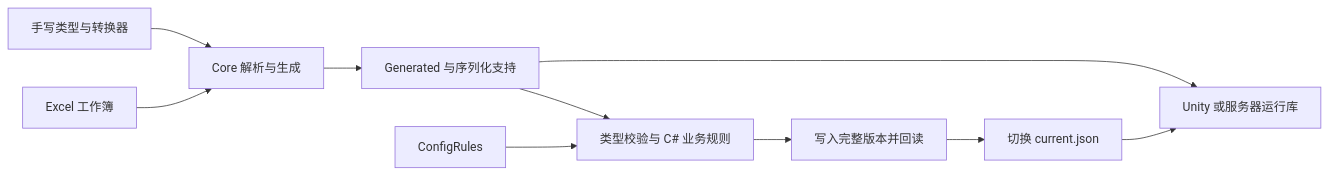
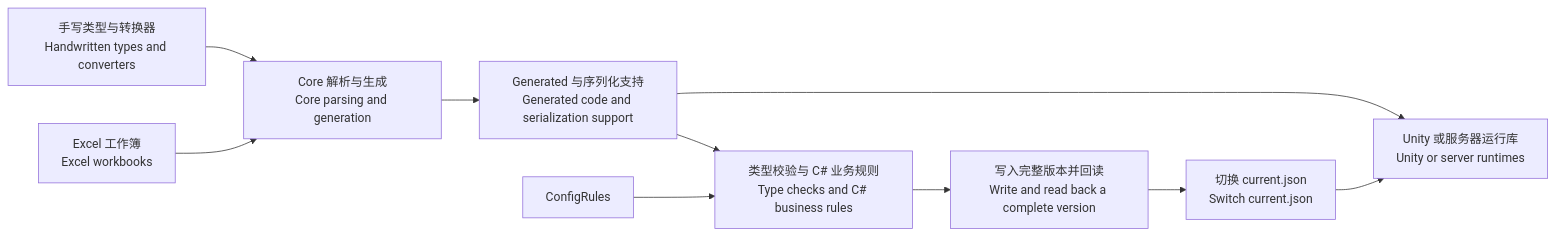
The diagram in docs/development.md (zhanglinshuia-code/ZrConfig), drawn with Mermaid before and after one commit. The commit also changed other lines of this file and 16 other files, not shown here.

````diff
--- a/docs/development.md
+++ b/docs/development.md
@@ -31,12 +47,12 @@
 ```mermaid
 flowchart LR
-    Excel[Excel 工作簿] --> Core[Core 解析与生成]
-    Types[手写类型与转换器] --> Core
-    Core --> Code[Generated 与序列化支持]
-    Code --> Validate[类型校验与 C# 业务规则]
+    Excel[Excel 工作簿<br/>Excel workbooks] --> Core[Core 解析与生成<br/>Core parsing and generation]
+    Types[手写类型与转换器<br/>Handwritten types and converters] --> Core
+    Core --> Code[Generated 与序列化支持<br/>Generated code and serialization support]
+    Code --> Validate[类型校验与 C# 业务规则<br/>Type checks and C# business rules]
     Rules[ConfigRules] --> Validate
-    Validate --> Publish[写入完整版本并回读]
-    Publish --> Manifest[切换 current.json]
-    Manifest --> Runtime[Unity 或服务器运行库]
+    Validate --> Publish[写入完整版本并回读<br/>Write and read back a complete version]
+    Publish --> Manifest[切换 current.json<br/>Switch current.json]
+    Manifest --> Runtime[Unity 或服务器运行库<br/>Unity or server runtimes]
     Code --> Runtime
 ```
````
